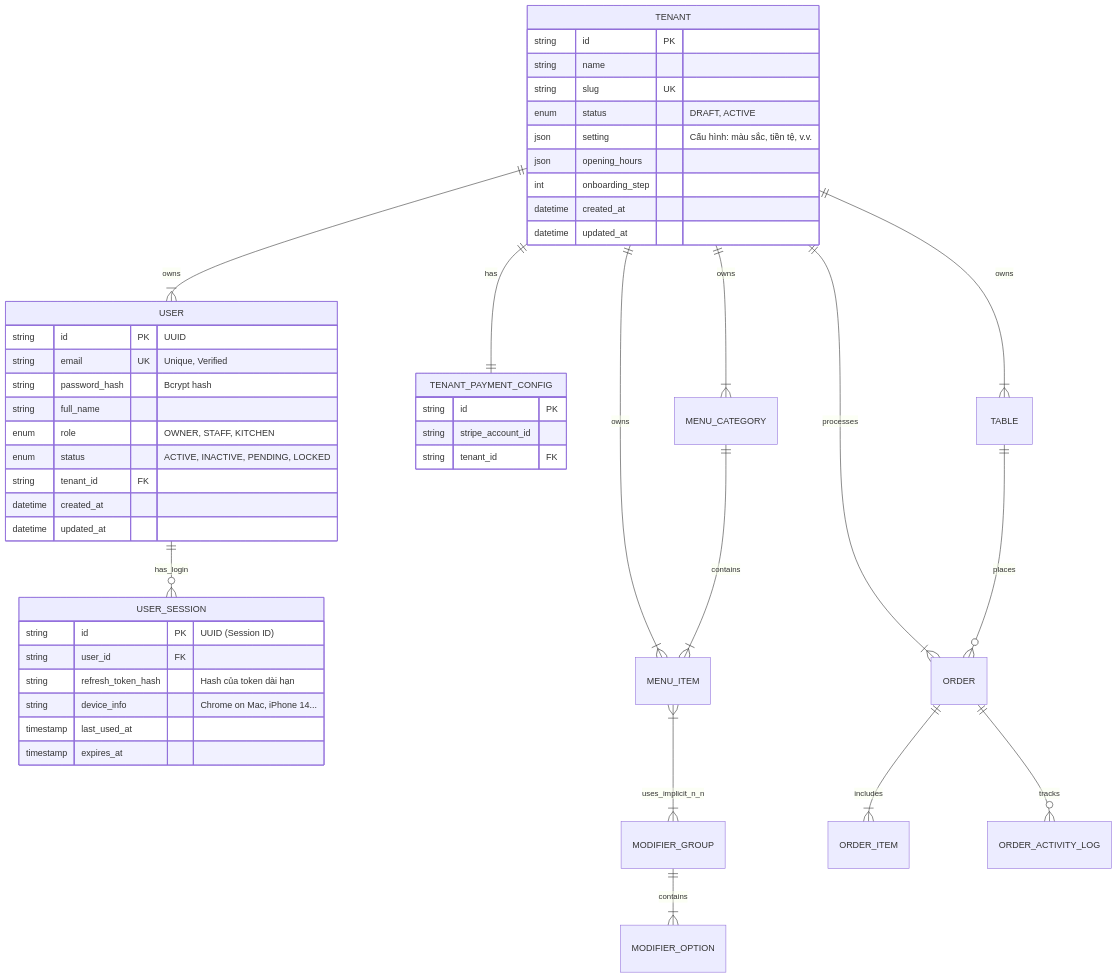
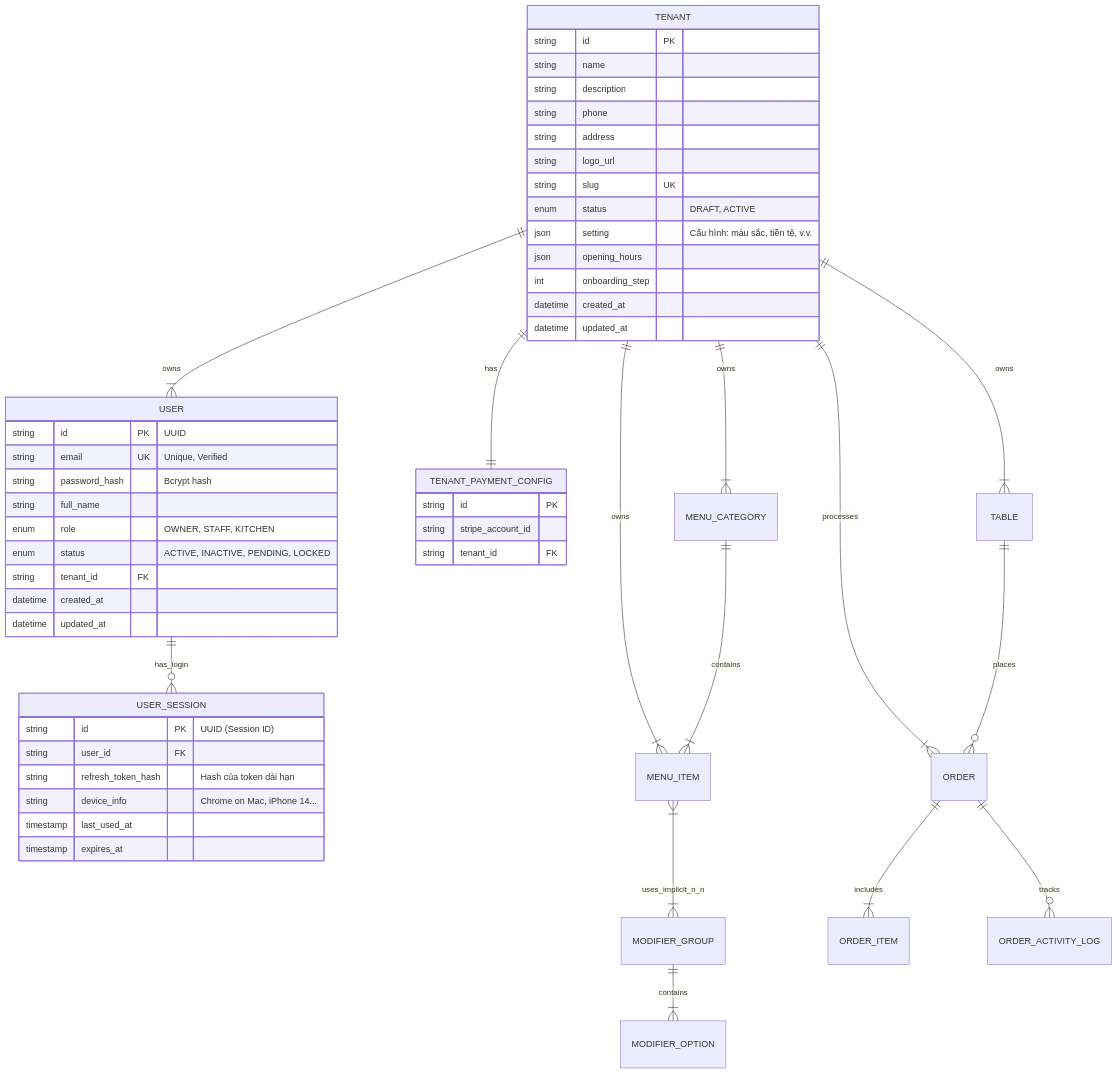
One commit to tkob-team/TKOB_QROrderSystem changed the diagram in docs/backend/database/er_diagram.md. Above: the diagram before and after it, drawn with Mermaid. The commit also changed 6 other files, not shown here.

````diff
--- a/docs/backend/database/er_diagram.md
+++ b/docs/backend/database/er_diagram.md
@@ -1,64 +1,68 @@
 ```mermaid
 erDiagram
     %% --- IDENTITY & AUTH ---
     USER {
         string id PK "UUID"
         string email UK "Unique, Verified"
         string password_hash "Bcrypt hash"
         string full_name
         enum role "OWNER, STAFF, KITCHEN"
         enum status "ACTIVE, INACTIVE, PENDING, LOCKED"
         string tenant_id FK
         datetime created_at
         datetime updated_at
     }
 
     %% --- SESSION MANAGEMENT ---
     USER_SESSION {
         string id PK "UUID (Session ID)"
         string user_id FK
         string refresh_token_hash "Hash của token dài hạn"
         string device_info "Chrome on Mac, iPhone 14..."
         timestamp last_used_at
         timestamp expires_at
     }
 
     %% --- TENANT CONTEXT ---
     TENANT {
         string id PK
         string name
+        string description
+        string phone
+        string address
+        string logo_url
         string slug UK
         enum status "DRAFT, ACTIVE"
         json setting "Cấu hình: màu sắc, tiền tệ, v.v."
         json opening_hours
         int onboarding_step
         datetime created_at
         datetime updated_at
     }
 
     %% --- SECURE PAYMENT ---
     TENANT_PAYMENT_CONFIG {
         string id PK
         string stripe_account_id
         string tenant_id FK
     }
 
     %% RELATIONS
     TENANT ||--|{ USER : owns
     TENANT ||--|| TENANT_PAYMENT_CONFIG : has
     USER ||--o{ USER_SESSION : has_login
     
     TENANT ||--|{ TABLE : owns
     TENANT ||--|{ MENU_CATEGORY : owns
     TENANT ||--|{ MENU_ITEM : owns
     TENANT ||--|{ ORDER : processes
 
 
     MENU_CATEGORY ||--|{ MENU_ITEM : contains
     MENU_ITEM }|--|{ MODIFIER_GROUP : uses_implicit_n_n
     MODIFIER_GROUP ||--|{ MODIFIER_OPTION : contains
 
     TABLE ||--o{ ORDER : places
     ORDER ||--|{ ORDER_ITEM : includes
     ORDER ||--o{ ORDER_ACTIVITY_LOG : tracks
 ```
````
